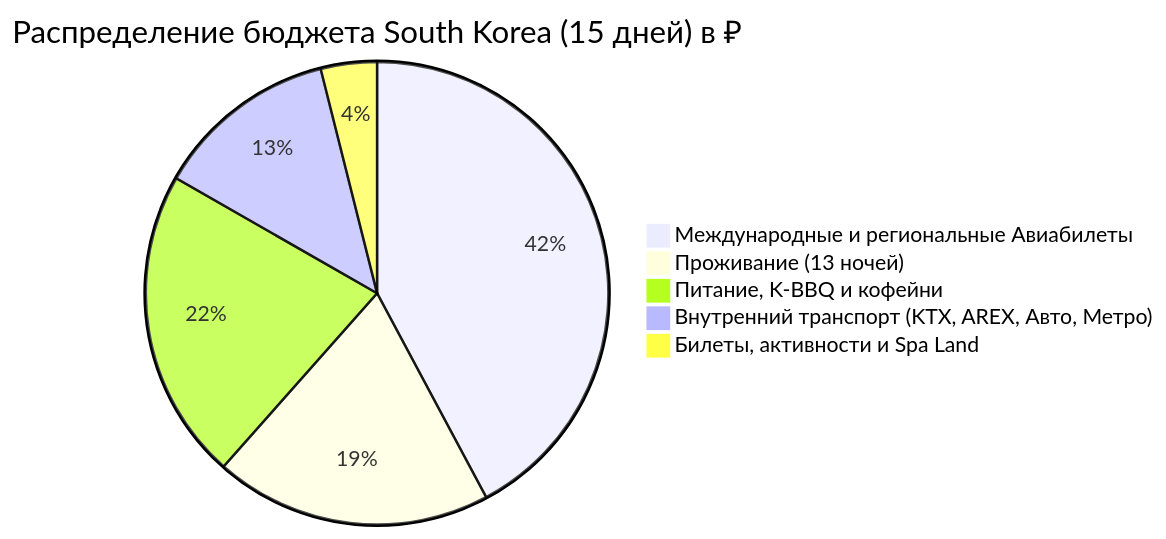
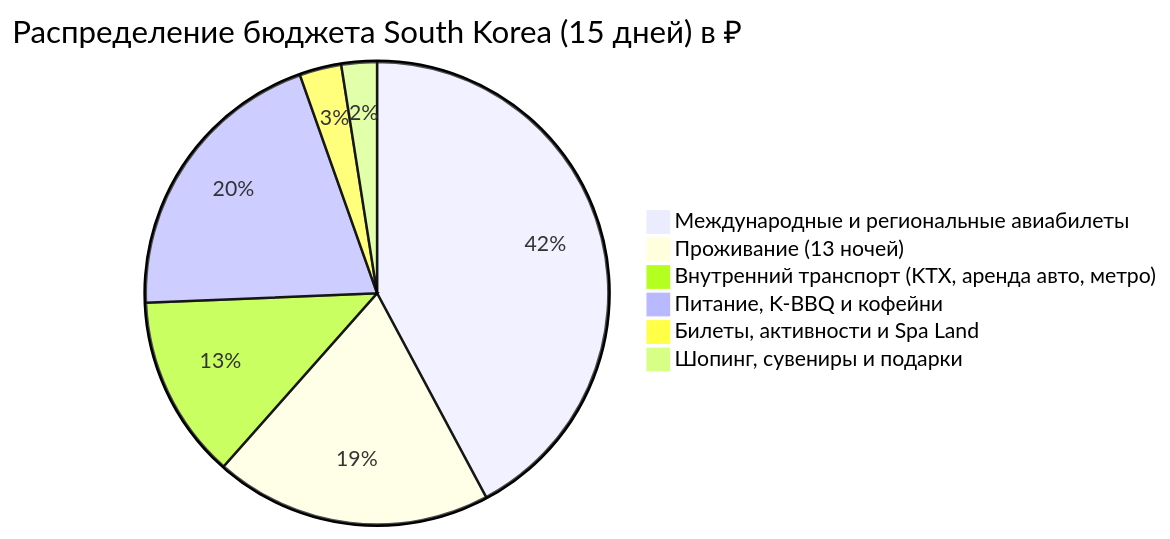
One commit to injurka/obsidian-mark changed the diagram in Personal Note/Travel/-- South Korea/04 - Финансы/Финансы.md. Above: the diagram before and after it, drawn with Mermaid. The commit also changed other lines of this file and 27 other files, not shown here.

````diff
--- a/Personal Note/Travel/-- South Korea/04 - Финансы/Финансы.md
+++ b/Personal Note/Travel/-- South Korea/04 - Финансы/Финансы.md
@@ -10,8 +11,9 @@
 ```mermaid
 pie title Распределение бюджета South Korea (15 дней) в ₽
-    "Международные и региональные Авиабилеты" : 85000
+    "Международные и региональные авиабилеты" : 85000
     "Проживание (13 ночей)" : 39000
-    "Питание, K-BBQ и кофейни" : 43800
-    "Внутренний транспорт (KTX, AREX, Авто, Метро)" : 25800
-    "Билеты, активности и Spa Land" : 7900
+    "Внутренний транспорт (KTX, аренда авто, метро)" : 25800
+    "Питание, K-BBQ и кофейни" : 40800
+    "Билеты, активности и Spa Land" : 5900
+    "Шопинг, сувениры и подарки" : 5000
 ```
````
